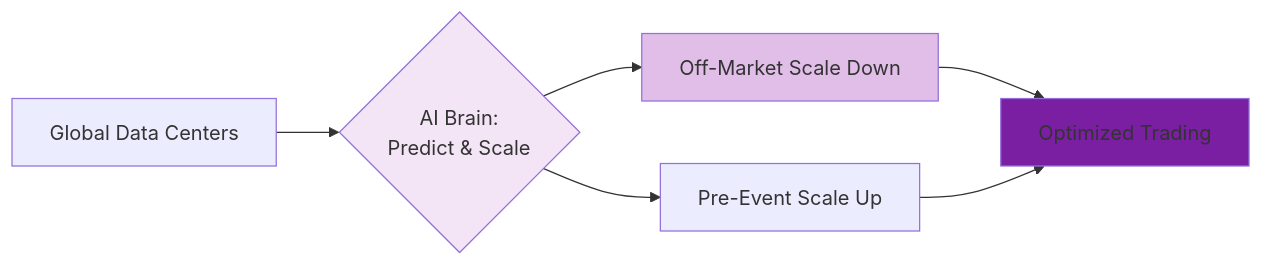
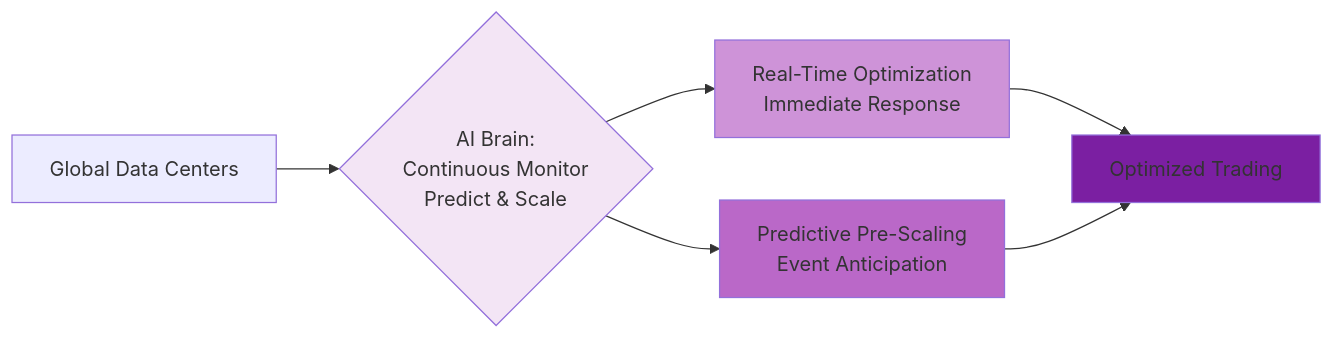
Before and after one commit to whatevergeek/agentic_vs_deterministic: the fourth of 4 diagrams in debate_shortlisted_topics_slide_prep-topic4&6-usecase-set04-v4.md, drawn with Mermaid. The commit also changed other lines of this file, not shown here.

````diff
--- a/debate_shortlisted_topics_slide_prep-topic4&6-usecase-set04-v4.md
+++ b/debate_shortlisted_topics_slide_prep-topic4&6-usecase-set04-v4.md
@@ -159,12 +161,13 @@
 ```mermaid
 graph LR
-    A["Global Data Centers"] --> B{"AI Brain:<br/>Predict & Scale"}
-    B --> C["Off-Market Scale Down"]
-    B --> D["Pre-Event Scale Up"]
+    A["Global Data Centers"] --> B{"AI Brain:<br/>Continuous Monitor<br/>Predict & Scale"}
+    B --> C["Real-Time Optimization<br/>Immediate Response"]
+    B --> D["Predictive Pre-Scaling<br/>Event Anticipation"]
     C --> E["Optimized Trading"]
     D --> E
     
     style B fill:#f3e5f5
-    style C fill:#e1bee7
+    style C fill:#ce93d8
+    style D fill:#ba68c8
     style E fill:#7b1fa2
 ```
````
